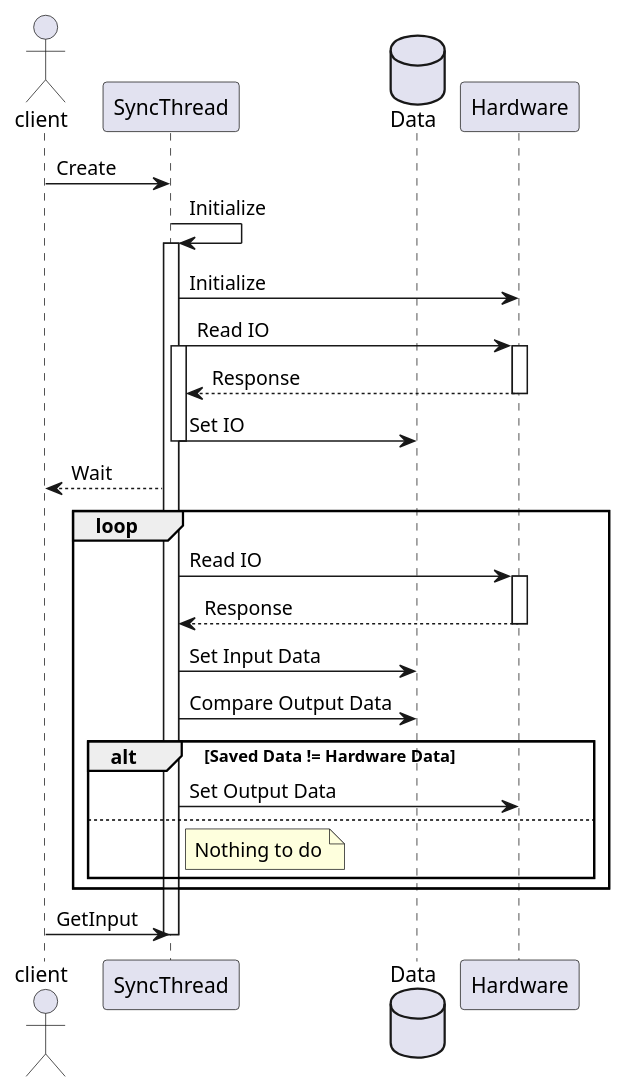
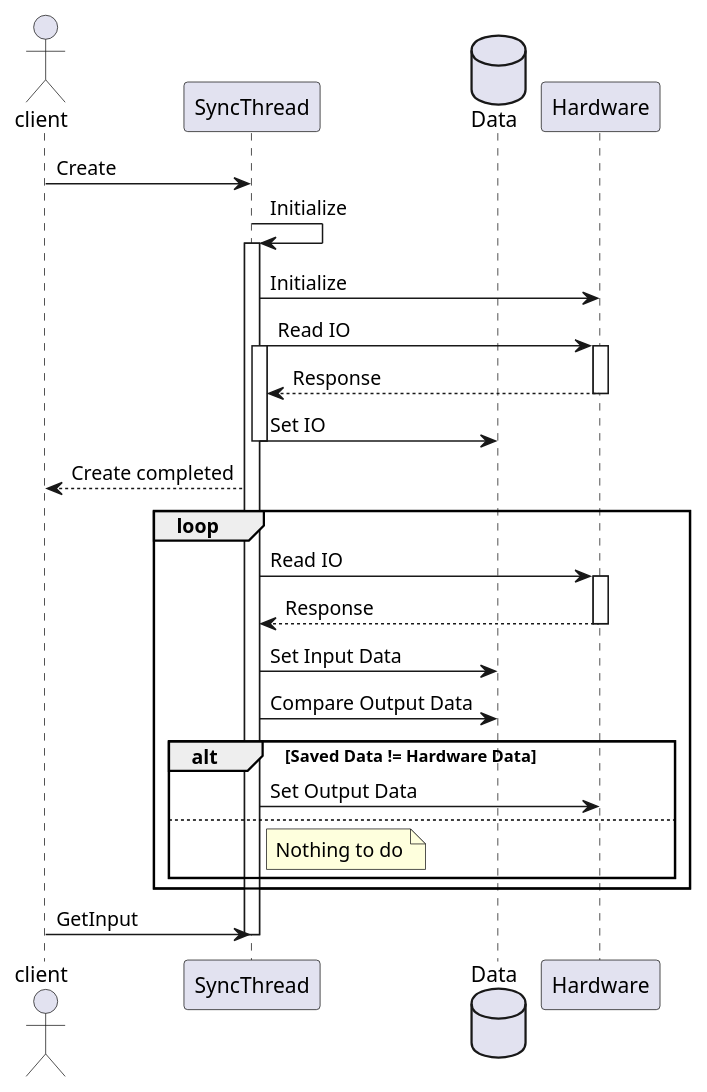
The diagram in UML/IO-Syncronization.puml (Klaus-fischer/RaspiSPS), drawn with PlantUML before and after one commit.

```diff
--- a/UML/IO-Syncronization.puml
+++ b/UML/IO-Syncronization.puml
@@ -1,39 +1,39 @@
 @startuml
 actor client
 participant SyncThread
 database Data
 participant Hardware
 client -> SyncThread : Create
 SyncThread -> SyncThread : Initialize
 activate SyncThread
 SyncThread -> Hardware : Initialize
 SyncThread -> Hardware : Read IO
 activate SyncThread
 activate Hardware
 SyncThread <-- Hardware : Response
 deactivate Hardware
 SyncThread -> Data : Set IO
 deactivate SyncThread
-client <-- SyncThread : Wait 
+client <-- SyncThread : Create completed 
 
 loop
 	SyncThread -> Hardware : Read IO
 	activate Hardware
 	SyncThread <-- Hardware : Response
 	deactivate Hardware
 	SyncThread -> Data: Set Input Data
 	SyncThread -> Data: Compare Output Data
 
 	alt Saved Data != Hardware Data
 		SyncThread -> Hardware : Set Output Data
 	else
 		note right of SyncThread
 			Nothing to do
 		end note
 	end
 end
 
 client -> SyncThread : GetInput
 
 deactivate SyncThread
 @enduml
```
